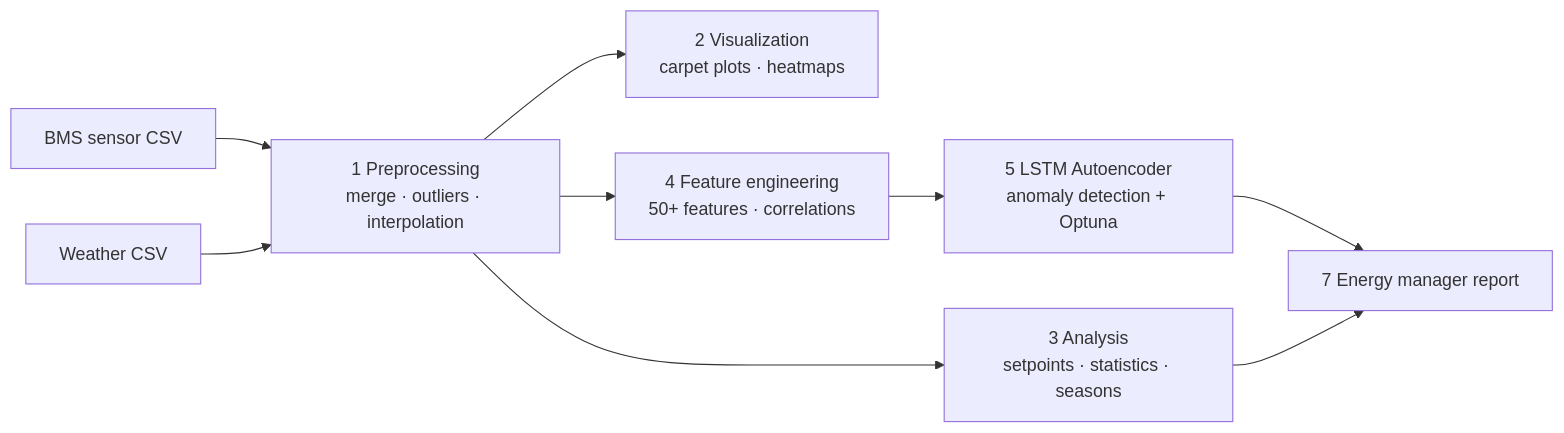
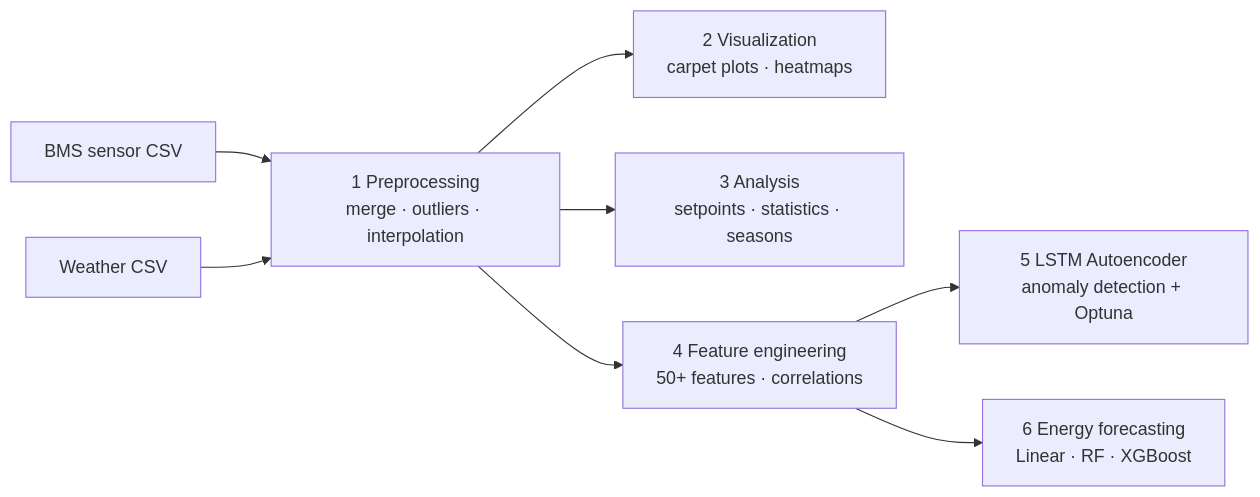
The diagram in README.md (VaragaHaghoubians/hvac-lstm-anomaly-detection), drawn with Mermaid before and after one commit. The commit also changed other lines of this file, not shown here.

Commit message:
Fix README pipeline diagram, structure and author line

````diff
--- a/README.md
+++ b/README.md
@@ -32,11 +31,10 @@
 ```mermaid
 flowchart LR
     A[BMS sensor CSV] --> C[1 Preprocessing<br/>merge · outliers · interpolation]
     B[Weather CSV] --> C
     C --> D[2 Visualization<br/>carpet plots · heatmaps]
     C --> E[3 Analysis<br/>setpoints · statistics · seasons]
     C --> F[4 Feature engineering<br/>50+ features · correlations]
     F --> G[5 LSTM Autoencoder<br/>anomaly detection + Optuna]
-    G --> I[7 Energy manager report]
-    E --> I
+    F --> H[6 Energy forecasting<br/>Linear · RF · XGBoost]
 ```
````
